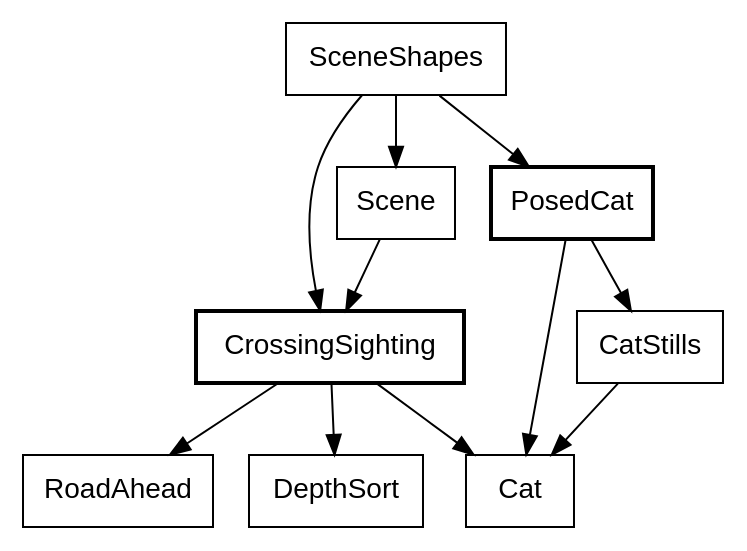
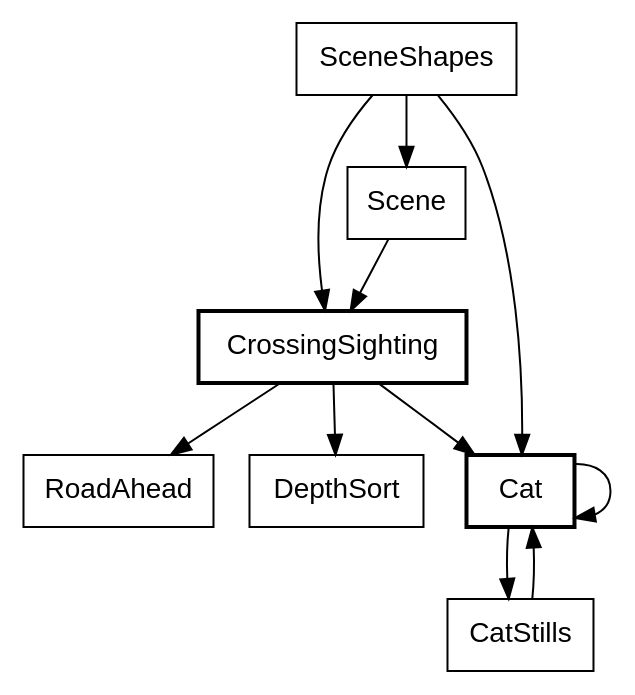
Diagram 25 of 35 in canvas_apps/safari/tutorial/tutorial.md (showell/roc-apps), drawn with Graphviz before and after one commit. The commit also changed other lines of this file and 9 other files, not shown here.

First line of the commit message:
Safari: PosedCat becomes Cat

````diff
--- a/canvas_apps/safari/tutorial/tutorial.md
+++ b/canvas_apps/safari/tutorial/tutorial.md
@@ -2260,17 +2260,17 @@
 ```dot
 digraph screen {
   node [shape=box, fontname="Helvetica"];
   CrossingSighting [style=bold];
-  PosedCat [style=bold];
+  Cat [style=bold];
   SceneShapes -> Scene;
-  SceneShapes -> PosedCat;
+  SceneShapes -> Cat;
   SceneShapes -> CrossingSighting;
   Scene -> CrossingSighting;
   CrossingSighting -> Cat;
   CrossingSighting -> RoadAhead;
   CrossingSighting -> DepthSort;
-  PosedCat -> Cat;
-  PosedCat -> CatStills;
+  Cat -> Cat;
+  Cat -> CatStills;
   CatStills -> Cat;
 }
 ```
````
